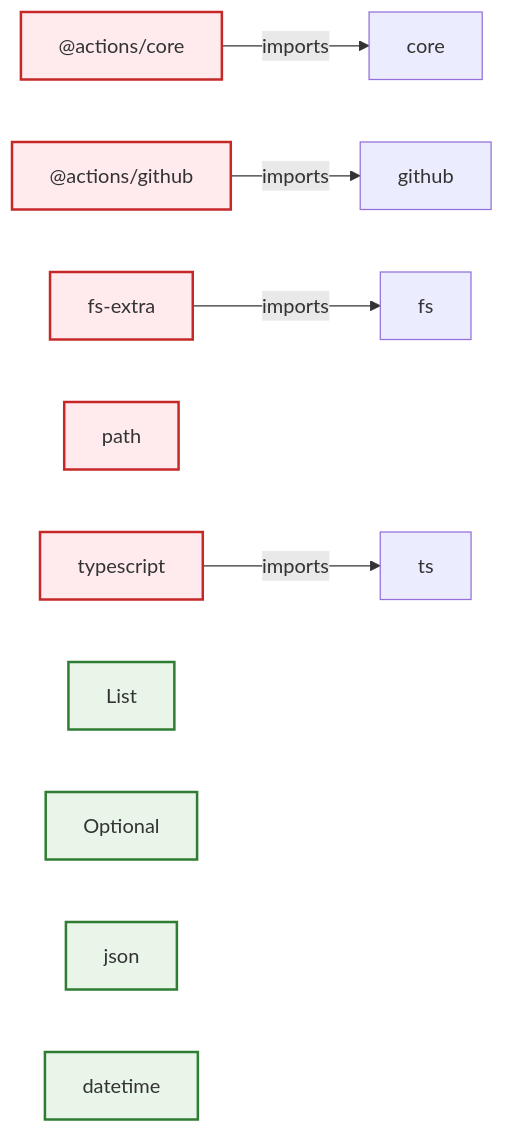
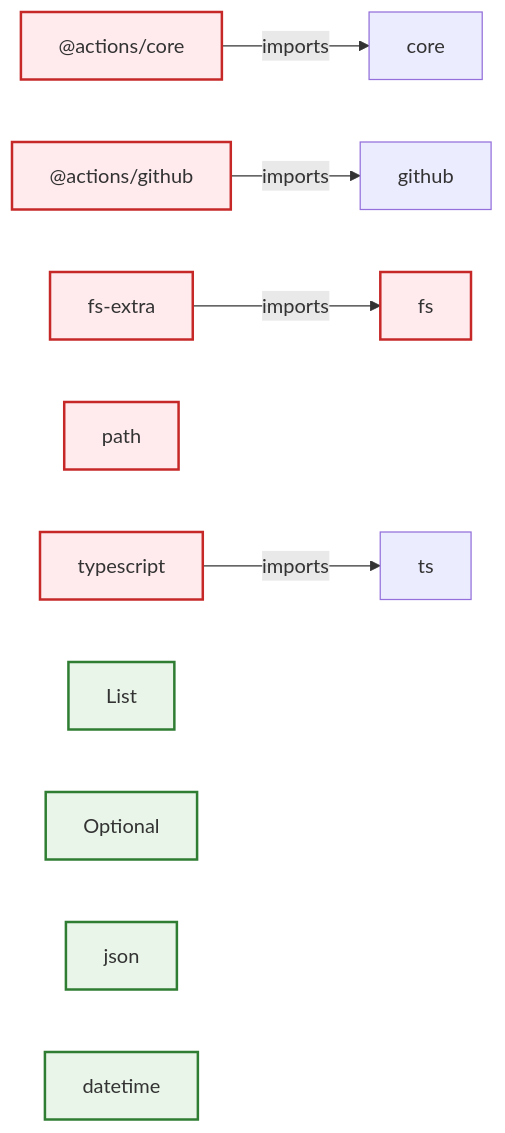
One commit to samjhill/diagrammer changed the diagram in docs/architecture/dependencies.md. Above: the diagram before and after it, drawn with Mermaid. The commit also changed 1 other file, not shown here.

Commit message:
docs(architecture): update generated diagrams [skip ci]

````diff
--- a/docs/architecture/dependencies.md
+++ b/docs/architecture/dependencies.md
@@ -5,31 +5,33 @@
 ```mermaid
 graph LR
   classDef internal fill:#e8f5e8,stroke:#2e7d32,stroke-width:2px
   classDef external fill:#ffebee,stroke:#c62828,stroke-width:2px
   classDef npm fill:#fff3e0,stroke:#f57c00,stroke-width:2px
   classDef local fill:#e3f2fd,stroke:#1976d2,stroke-width:2px
 
   _actions_core["@actions/core"]
   _actions_core:::external
   _actions_github["@actions/github"]
   _actions_github:::external
   fs_extra["fs-extra"]
   fs_extra:::external
   path["path"]
   path:::external
+  fs["fs"]
+  fs:::external
   typescript["typescript"]
   typescript:::external
   List["List"]
   List:::internal
   Optional["Optional"]
   Optional:::internal
   json["json"]
   json:::internal
   datetime["datetime"]
   datetime:::internal
   _actions_core -->|imports| core
   _actions_github -->|imports| github
   fs_extra -->|imports| fs
   typescript -->|imports| ts
 
 ```
````
